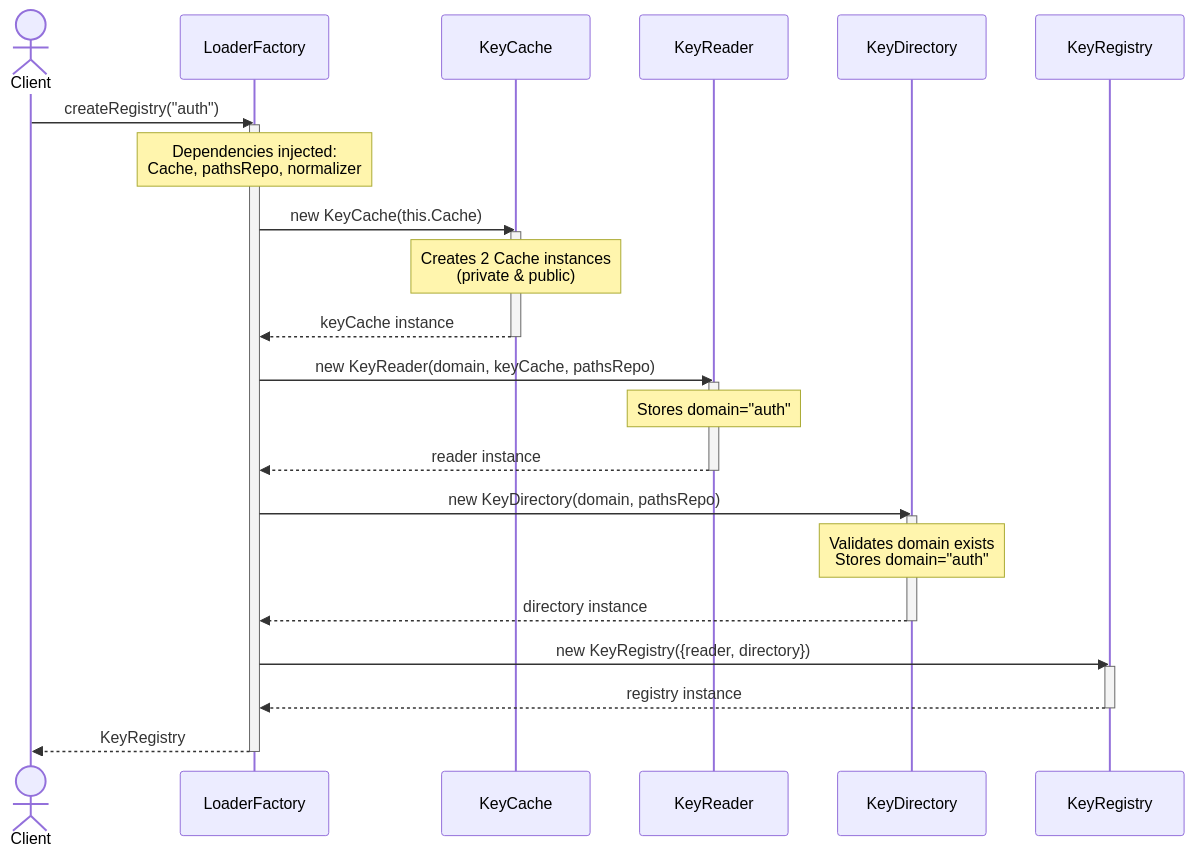
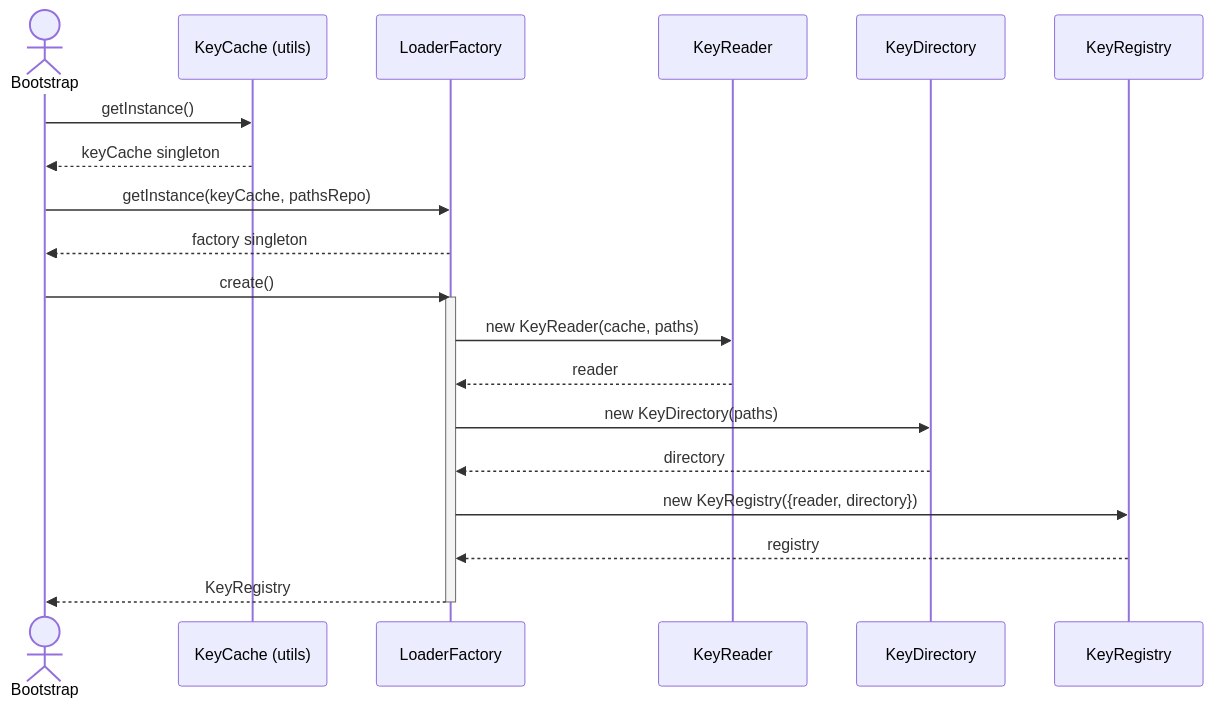
The third of 7 diagrams in docs/generated/domain/key-manager/loader/structure.md (itsGurdevSingh/vault), drawn with Mermaid before and after one commit. The commit also changed other lines of this file and 8 other files, not shown here.

````diff
--- a/docs/generated/domain/key-manager/loader/structure.md
+++ b/docs/generated/domain/key-manager/loader/structure.md
@@ -343,40 +334,30 @@
 ```mermaid
 sequenceDiagram
-    actor Client
+    actor Bootstrap
+    participant Cache as KeyCache (utils)
     participant Factory as LoaderFactory
-    participant Cache as KeyCache
     participant Reader as KeyReader
     participant Directory as KeyDirectory
     participant Registry as KeyRegistry
 
-    Client->>Factory: createRegistry("auth")
+    Bootstrap->>Cache: getInstance()
+    Cache-->>Bootstrap: keyCache singleton
+
+    Bootstrap->>Factory: getInstance(keyCache, pathsRepo)
+    Factory-->>Bootstrap: factory singleton
+
+    Bootstrap->>Factory: create()
     activate Factory
 
-    Note over Factory: Dependencies injected:<br/>Cache, pathsRepo, normalizer
+    Factory->>Reader: new KeyReader(cache, paths)
+    Reader-->>Factory: reader
 
-    Factory->>Cache: new KeyCache(this.Cache)
-    activate Cache
-    Note over Cache: Creates 2 Cache instances<br/>(private & public)
-    Cache-->>Factory: keyCache instance
-    deactivate Cache
-
-    Factory->>Reader: new KeyReader(domain, keyCache, pathsRepo)
-    activate Reader
-    Note over Reader: Stores domain="auth"
-    Reader-->>Factory: reader instance
-    deactivate Reader
-
-    Factory->>Directory: new KeyDirectory(domain, pathsRepo)
-    activate Directory
-    Note over Directory: Validates domain exists<br/>Stores domain="auth"
-    Directory-->>Factory: directory instance
-    deactivate Directory
+    Factory->>Directory: new KeyDirectory(paths)
+    Directory-->>Factory: directory
 
     Factory->>Registry: new KeyRegistry({reader, directory})
-    activate Registry
-    Registry-->>Factory: registry instance
-    deactivate Registry
+    Registry-->>Factory: registry
 
-    Factory-->>Client: KeyRegistry
+    Factory-->>Bootstrap: KeyRegistry
     deactivate Factory
 ```
````
